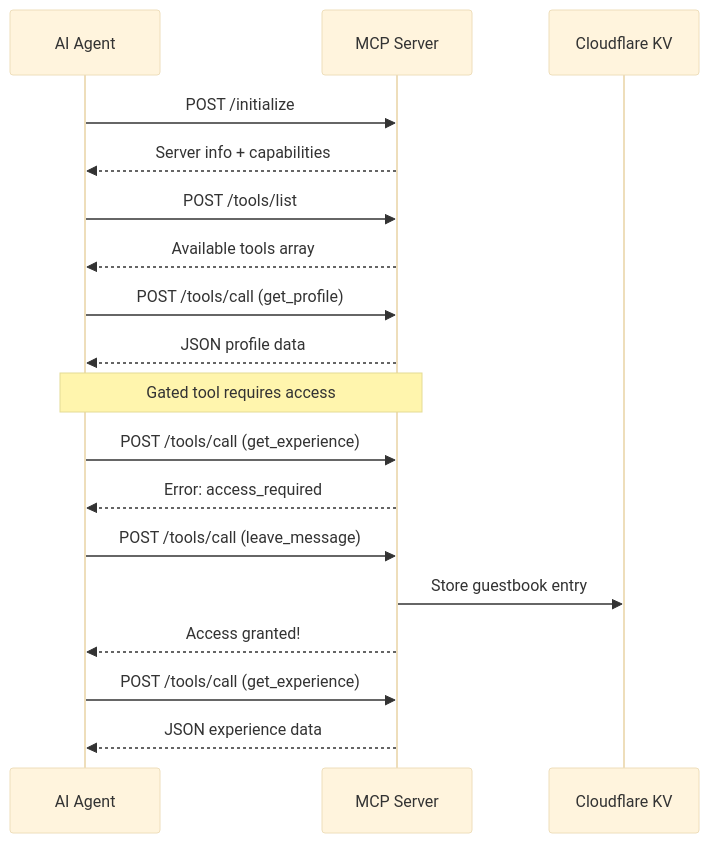
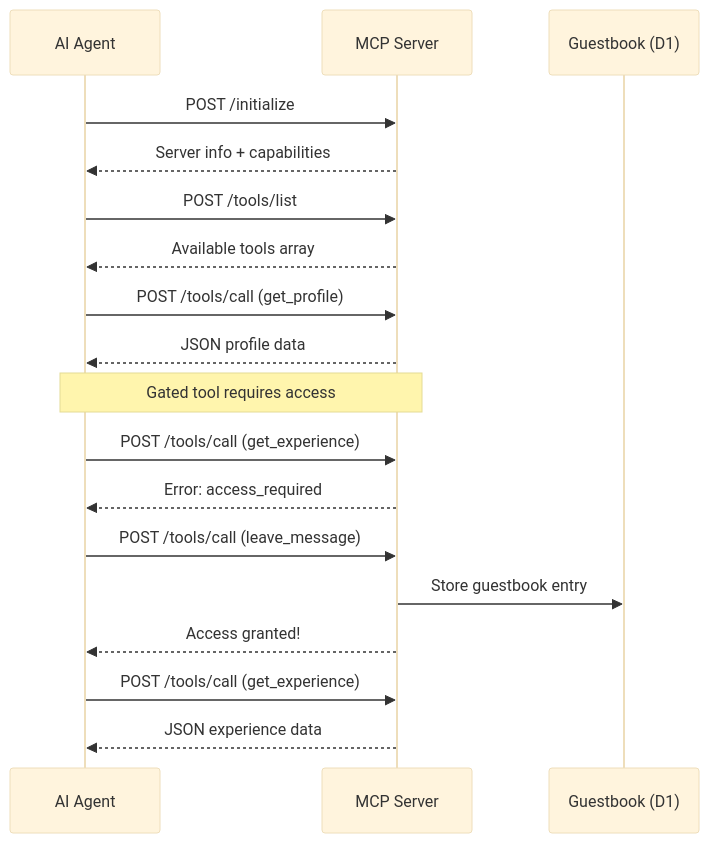
The second of 2 diagrams in README.md (brysontang/resume-mcp), drawn with Mermaid (base theme) before and after one commit. The commit also changed other lines of this file and 2 other files, not shown here.

First line of the commit message:
leave_message writes to the site's guestbook (D1) instead of KV

````diff
--- a/README.md
+++ b/README.md
@@ -48,27 +48,27 @@
 ```mermaid
 sequenceDiagram
     participant Agent as AI Agent
     participant MCP as MCP Server
-    participant KV as Cloudflare KV
+    participant D1 as Guestbook (D1)
 
     Agent->>MCP: POST /initialize
     MCP-->>Agent: Server info + capabilities
 
     Agent->>MCP: POST /tools/list
     MCP-->>Agent: Available tools array
 
     Agent->>MCP: POST /tools/call (get_profile)
     MCP-->>Agent: JSON profile data
 
     Note over Agent,MCP: Gated tool requires access
 
     Agent->>MCP: POST /tools/call (get_experience)
     MCP-->>Agent: Error: access_required
 
     Agent->>MCP: POST /tools/call (leave_message)
-    MCP->>KV: Store guestbook entry
+    MCP->>D1: Store guestbook entry
     MCP-->>Agent: Access granted!
 
     Agent->>MCP: POST /tools/call (get_experience)
     MCP-->>Agent: JSON experience data
 ```
````
